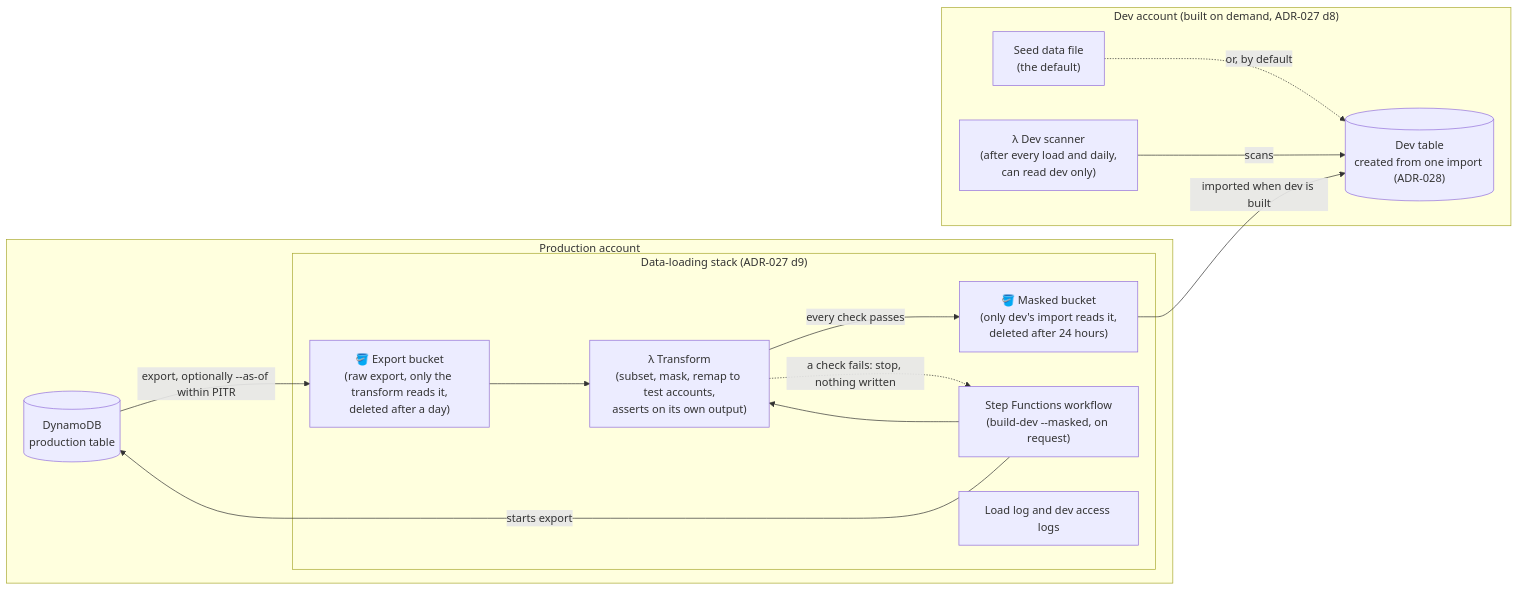
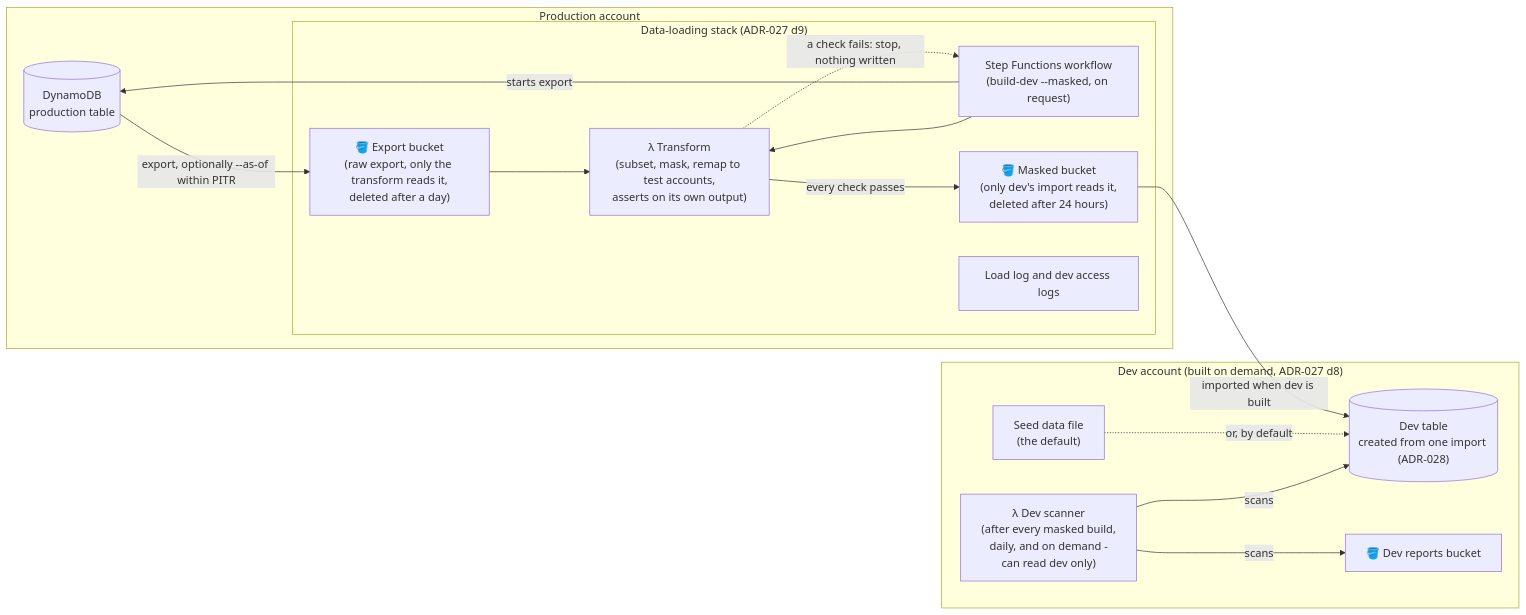
Before and after one commit to jessicamvega6/bladebook: diagram 22 of 23 in docs/architecture.md, drawn with Mermaid. The commit also changed other lines of this file and 26 other files, not shown here.

First line of the commit message:
Design doc updates: diagrams synced, shared-lesson and leave rules

````diff
--- a/docs/architecture.md
+++ b/docs/architecture.md
@@ -1381,26 +2058,28 @@
 ```mermaid
 flowchart LR
     subgraph Prod["Production account"]
         DDB[("DynamoDB<br/>production table")]
         subgraph DataLoad["Data-loading stack (ADR-027 d9)"]
             SFN["Step Functions workflow<br/>(build-dev --masked, on request)"]
             ExportB["🪣 Export bucket<br/>(raw export, only the transform reads it,<br/>deleted after a day)"]
             L_Transform["λ Transform<br/>(subset, mask, remap to test accounts,<br/>asserts on its own output)"]
             MaskedB["🪣 Masked bucket<br/>(only dev's import reads it,<br/>deleted after 24 hours)"]
             Logs["Load log and dev access logs"]
         end
     end
     subgraph Dev["Dev account (built on demand, ADR-027 d8)"]
         Seed["Seed data file<br/>(the default)"]
         DevTable[("Dev table<br/>created from one import (ADR-028)")]
-        Scanner["λ Dev scanner<br/>(after every load and daily,<br/>can read dev only)"]
+        DevReports["🪣 Dev reports bucket"]
+        Scanner["λ Dev scanner<br/>(after every masked build,<br/>daily, and on demand -<br/>can read dev only)"]
     end
     SFN -->|starts export| DDB
     DDB -->|export, optionally --as-of within PITR| ExportB --> L_Transform
     SFN --> L_Transform
     L_Transform -->|every check passes| MaskedB
     L_Transform -.->|a check fails: stop, nothing written| SFN
     MaskedB -->|imported when dev is built| DevTable
     Seed -.->|or, by default| DevTable
     Scanner -->|scans| DevTable
+    Scanner -->|scans| DevReports
 ```
````
